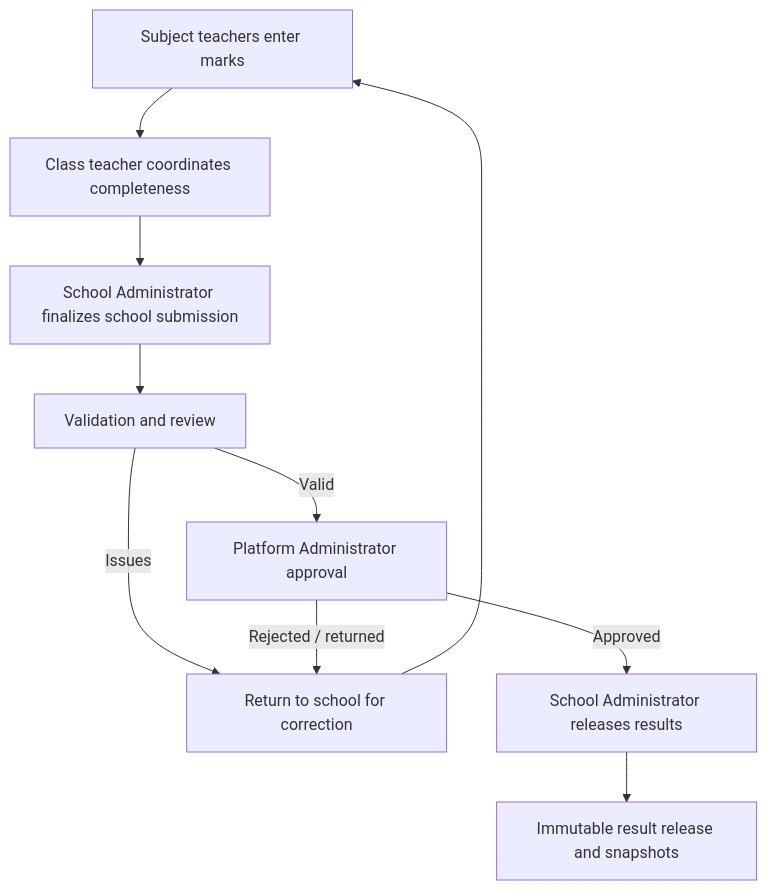
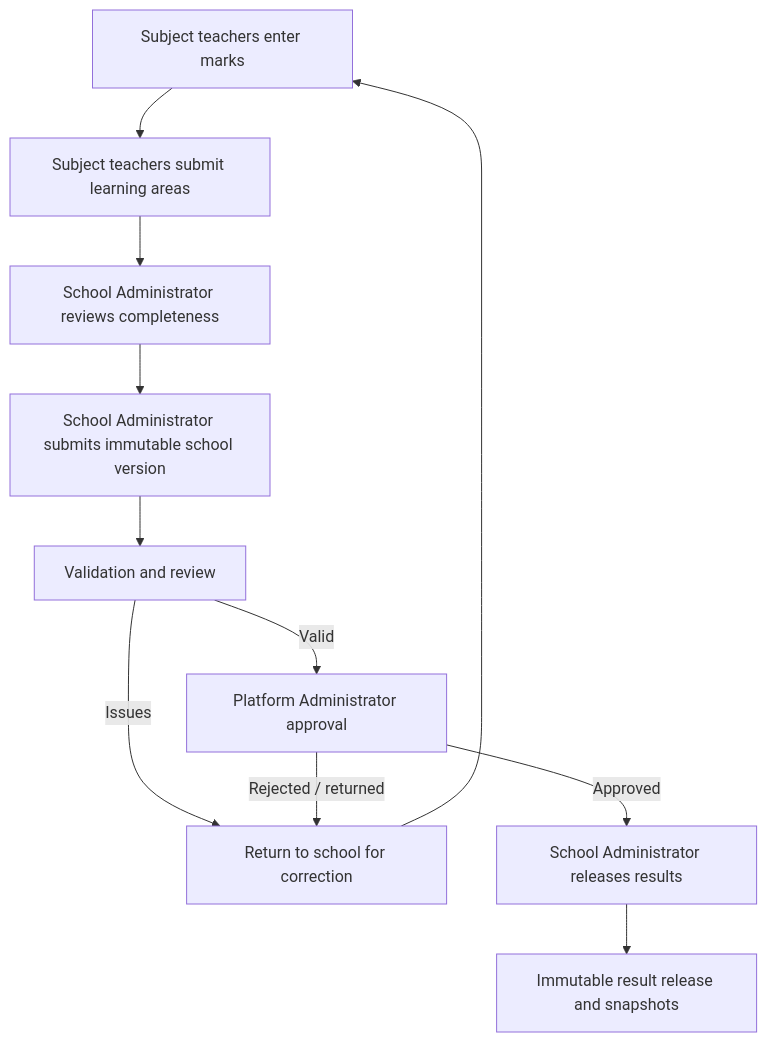
Before and after one commit to poptramark-eng/sentinel: the fourth of 5 diagrams in docs/domain/workflow-state-machines.md, drawn with Mermaid. The commit also changed other lines of this file and 22 other files, not shown here.

Commit message:
feat(school): add versioned assessment submission workflow

```diff
--- a/docs/domain/workflow-state-machines.md
+++ b/docs/domain/workflow-state-machines.md
@@ -72,12 +72,13 @@
 ~~~mermaid
 flowchart TD
-  A[Subject teachers enter marks] --> B[Class teacher coordinates completeness]
-  B --> C[School Administrator finalizes school submission]
-  C --> D[Validation and review]
-  D -->|Issues| E[Return to school for correction]
-  E --> A
-  D -->|Valid| F[Platform Administrator approval]
-  F -->|Rejected / returned| E
-  F -->|Approved| G[School Administrator releases results]
-  G --> H[Immutable result release and snapshots]
+  A[Subject teachers enter marks] --> B[Subject teachers submit learning areas]
+  B --> C[School Administrator reviews completeness]
+  C --> D[School Administrator submits immutable school version]
+  D --> E[Validation and review]
+  E -->|Issues| F[Return to school for correction]
+  F --> A
+  E -->|Valid| G[Platform Administrator approval]
+  G -->|Rejected / returned| F
+  G -->|Approved| H[School Administrator releases results]
+  H --> I[Immutable result release and snapshots]
 ~~~
```
